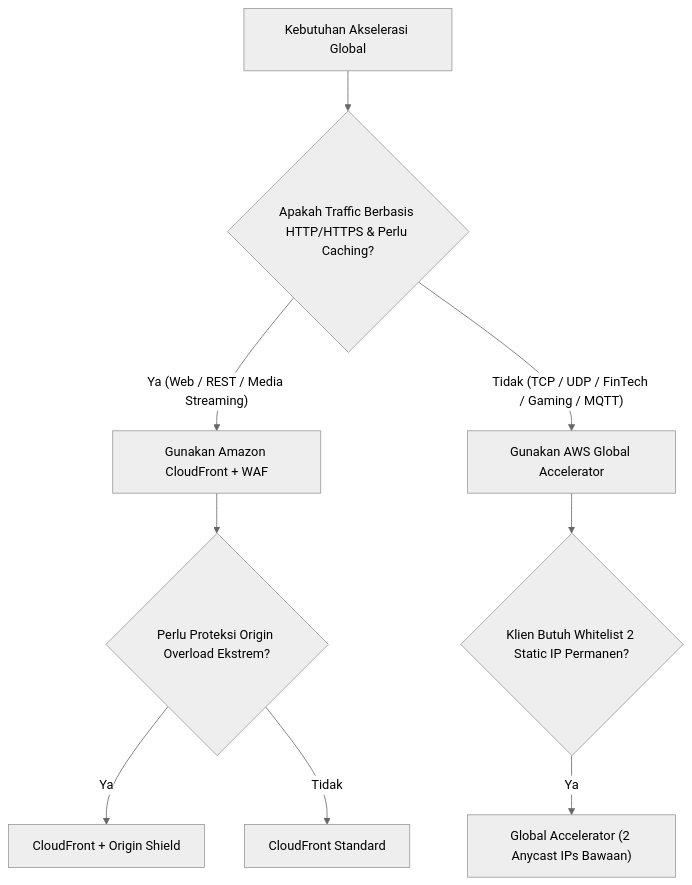
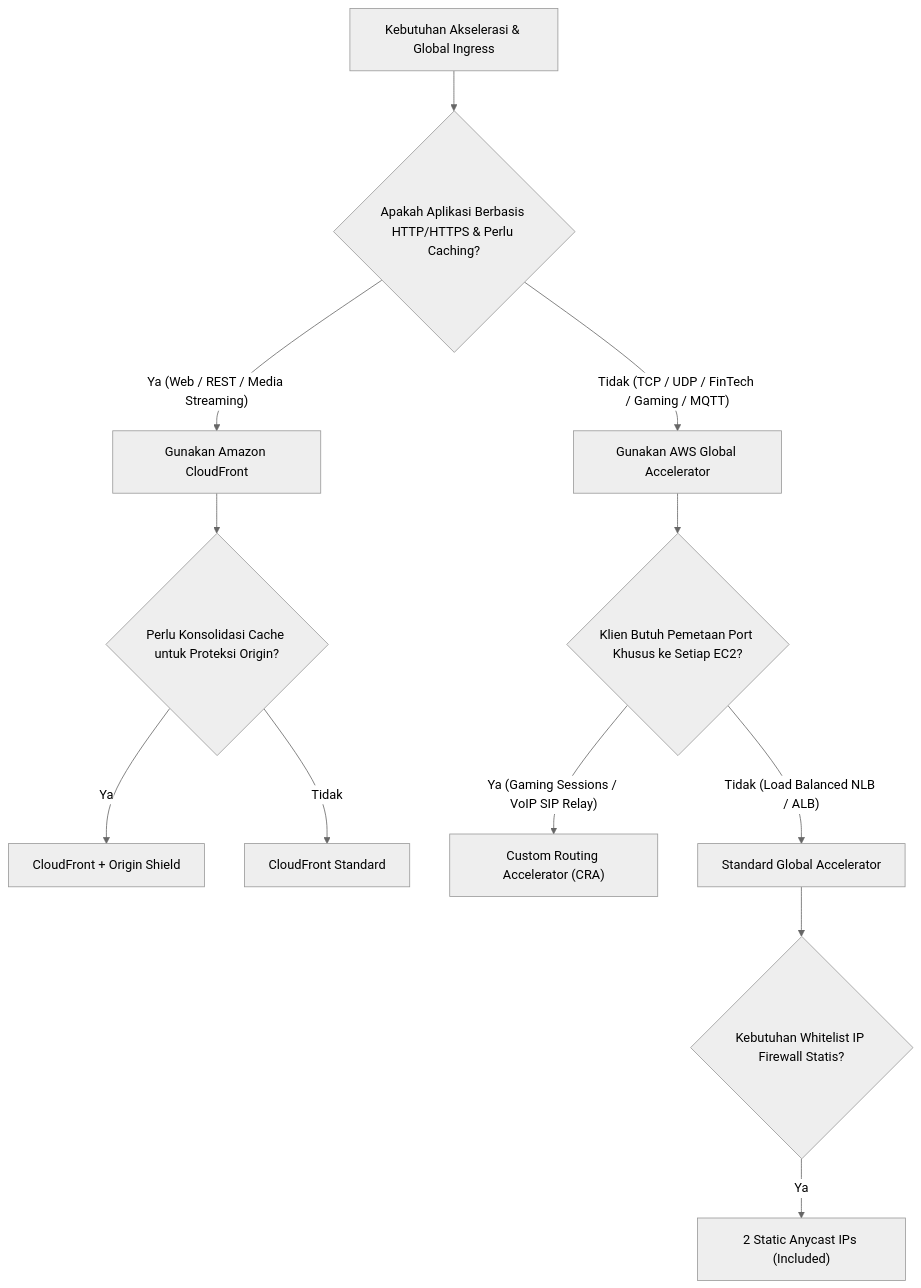
The ninth of 9 diagrams in docs/modules/25-cloudfront-global-accelerator.md (robertusnegoro/cloud-network-learning-materials), drawn with Mermaid (neutral theme) before and after one commit. The commit also changed other lines of this file and 11 other files, not shown here.

First line of the commit message:
feat(aga): add AWS Global Accelerator deep-dive, interactive Anycast simulator, and Lab 08 IaC

````diff
--- a/docs/modules/25-cloudfront-global-accelerator.md
+++ b/docs/modules/25-cloudfront-global-accelerator.md
@@ -316,11 +598,18 @@
 ```mermaid
 graph TD
-    Start["Kebutuhan Akselerasi Global"] --> Q1{"Apakah Traffic Berbasis HTTP/HTTPS & Perlu Caching?"}
-    Q1 -- "Ya (Web / REST / Media Streaming)" --> CF["Gunakan Amazon CloudFront + WAF"]
+    Start["Kebutuhan Akselerasi & Global Ingress"] --> Q1{"Apakah Aplikasi Berbasis HTTP/HTTPS & Perlu Caching?"}
+    
+    Q1 -- "Ya (Web / REST / Media Streaming)" --> CF["Gunakan Amazon CloudFront"]
     Q1 -- "Tidak (TCP / UDP / FinTech / Gaming / MQTT)" --> GA["Gunakan AWS Global Accelerator"]
-    CF --> Q2{"Perlu Proteksi Origin Overload Ekstrem?"}
+    
+    CF --> Q2{"Perlu Konsolidasi Cache untuk Proteksi Origin?"}
     Q2 -- "Ya" --> CFEnhanced["CloudFront + Origin Shield"]
     Q2 -- "Tidak" --> CFStandard["CloudFront Standard"]
-    GA --> Q3{"Klien Butuh Whitelist 2 Static IP Permanen?"}
-    Q3 -- "Ya" --> GAStatic["Global Accelerator (2 Anycast IPs Bawaan)"]
+    
+    GA --> Q3{"Klien Butuh Pemetaan Port Khusus ke Setiap EC2?"}
+    Q3 -- "Ya (Gaming Sessions / VoIP SIP Relay)" --> CRA["Custom Routing Accelerator (CRA)"]
+    Q3 -- "Tidak (Load Balanced NLB / ALB)" --> StandardGA["Standard Global Accelerator"]
+    
+    StandardGA --> Q4{"Kebutuhan Whitelist IP Firewall Statis?"}
+    Q4 -- "Ya" --> GA_Dual["2 Static Anycast IPs (Included)"]
 ```
````
